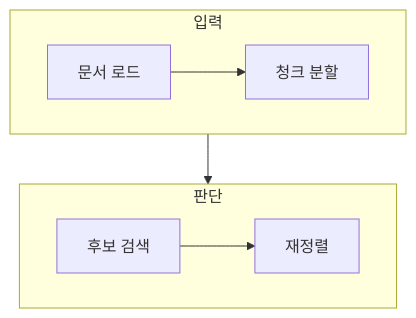
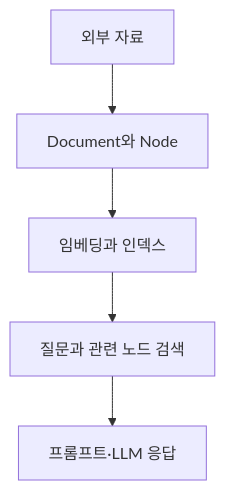
The diagram in ComputerScience/03_ai-ml-data/large-language-models/notes/19. 검색 최적화와 LlamaIndex·벡터 저장소.md (umyunsang/edu), drawn with Mermaid before and after one commit. The commit also changed other lines of this file and 5 other files, not shown here.

````diff
--- a/ComputerScience/03_ai-ml-data/large-language-models/notes/19. 검색 최적화와 LlamaIndex·벡터 저장소.md
+++ b/ComputerScience/03_ai-ml-data/large-language-models/notes/19. 검색 최적화와 LlamaIndex·벡터 저장소.md
@@ -24,12 +88,7 @@
 ```mermaid
 flowchart TB
-    subgraph Input[입력]
-        direction LR
-        A[문서 로드] --> B[청크 분할]
-    end
-    subgraph Decision[판단]
-        direction LR
-        C[후보 검색] --> D[재정렬]
-    end
-    B --> C
+  A["외부 자료"] --> B["Document와 Node"]
+  B --> C["임베딩과 인덱스"]
+  C --> D["질문과 관련 노드 검색"]
+  D --> E["프롬프트·LLM 응답"]
 ```
````
